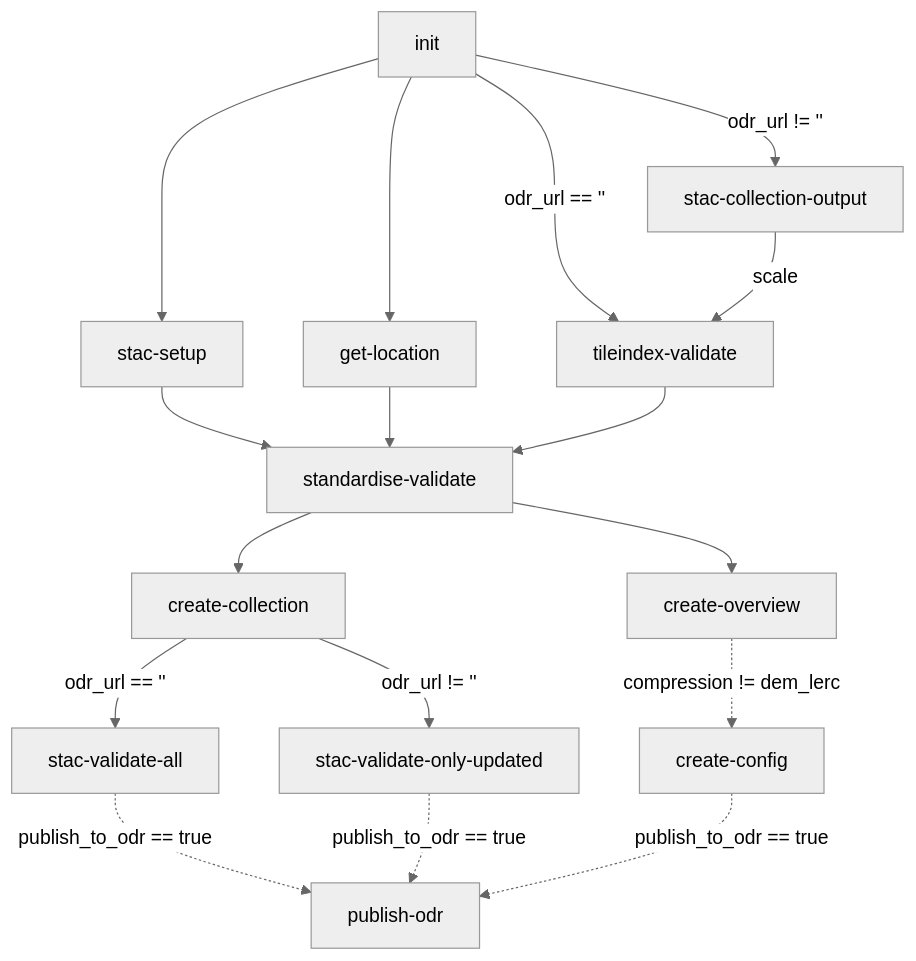
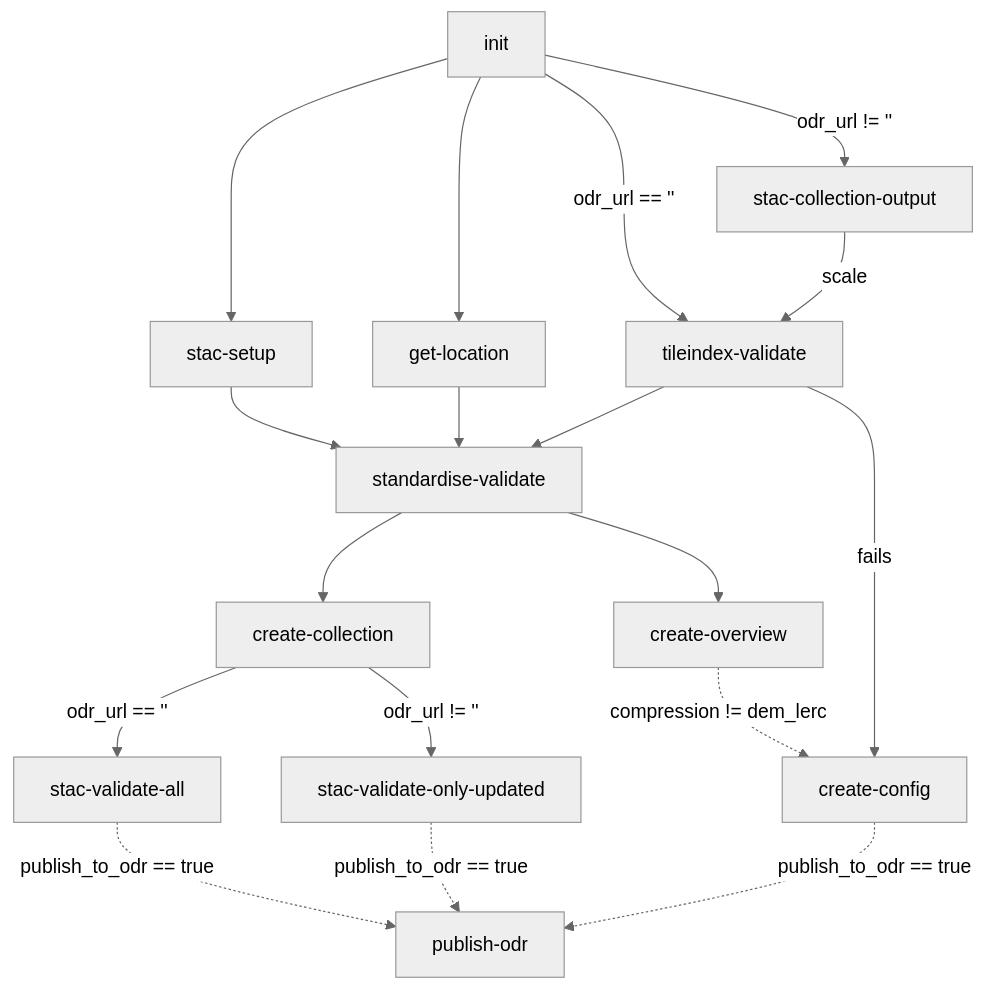
Before and after one commit to linz/topo-workflows: the first of 3 diagrams in workflows/raster/README.md, drawn with Mermaid (neutral theme). The commit also changed 1 other file, not shown here.

Commit message:
feat(standardising): `create-config` when `tileindex-validate` fails TDE-1718 (#1099)
### Motivation

Data maintainers want to visualise source data on basemaps preview when
`tileindex-validate` fails.

### Modifications

Runs `create-config` to create a basemaps config when
`tile-index-validate` task fails.
<!-- TODO: Say what changes you made. -->

<!-- TODO: Attach screenshots if you changed the UI. -->

### Verification

Test workflows
<!-- TODO: Say how you tested your changes. -->

````diff
--- a/workflows/raster/README.md
+++ b/workflows/raster/README.md
@@ -122,21 +122,22 @@
 ```mermaid
 graph TD;
     init-->stac-setup;
     init-->get-location;
     init-->|odr_url == ''|tileindex-validate;
     init-->|odr_url != ''|stac-collection-output;
     stac-setup-->standardise-validate;
     get-location-->standardise-validate;
     stac-collection-output-->|scale|tileindex-validate;
     tileindex-validate-->standardise-validate;
+    tileindex-validate-->|fails|create-config;
     standardise-validate-->create-collection;
     standardise-validate-->create-overview;
 
     create-collection-->|odr_url == ''|stac-validate-all;
     create-collection-->|odr_url != ''|stac-validate-only-updated;
 
     stac-validate-all-.->|publish_to_odr == true|publish-odr;
     stac-validate-only-updated-.->|publish_to_odr == true|publish-odr;
 
     create-overview-.->|compression != dem_lerc|create-config-.->|publish_to_odr == true|publish-odr;
 ```
````
